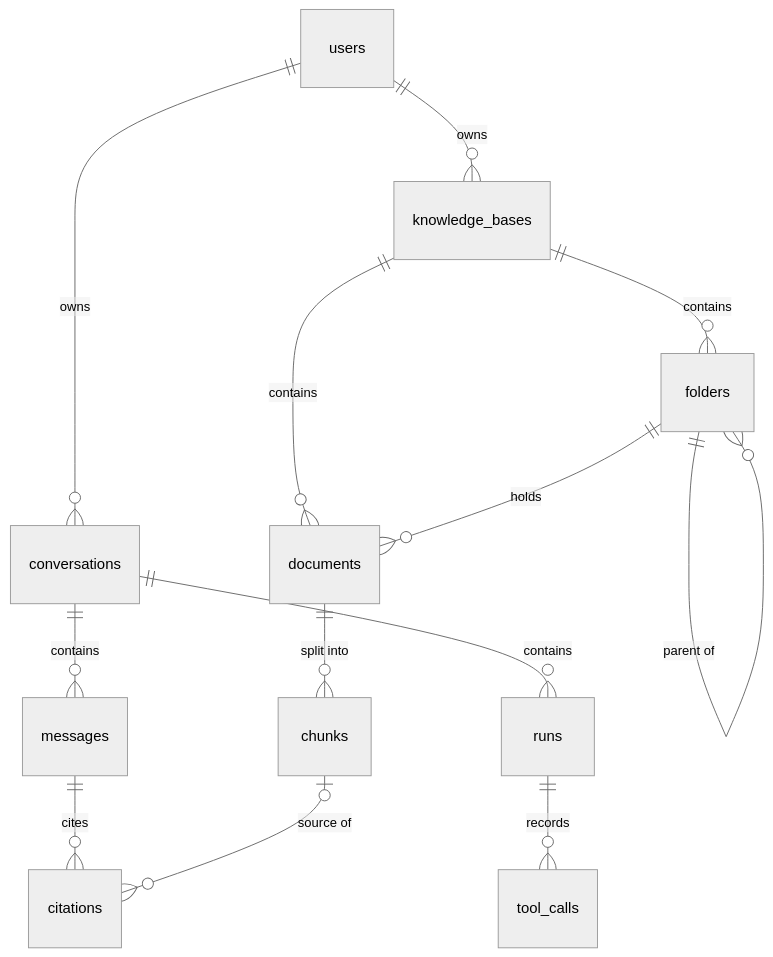
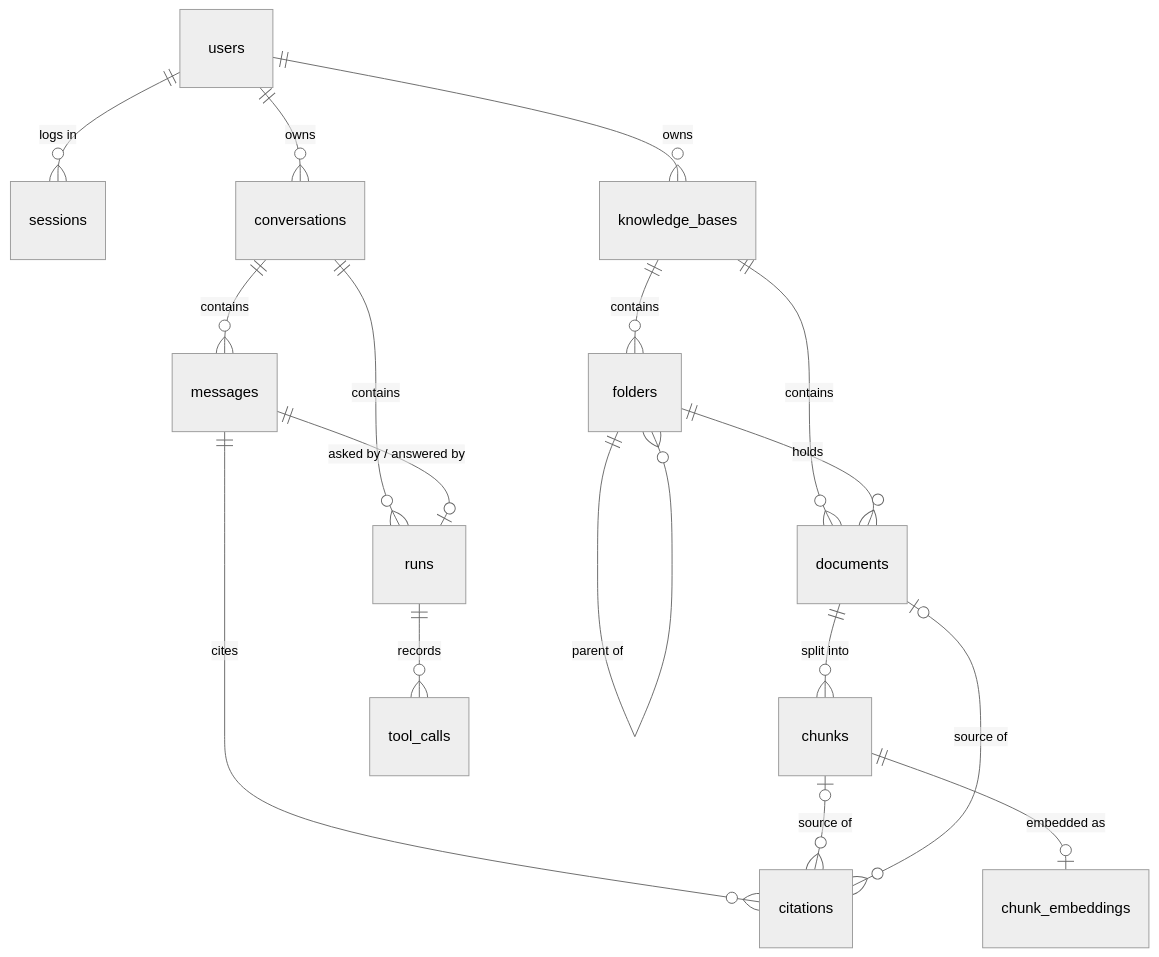
Before and after one commit to Surprise-Jing/KnowledgePilot: the diagram in docs/data-model.md, drawn with Mermaid (neutral theme). The commit also changed other lines of this file and 17 other files, not shown here.

````diff
--- a/docs/data-model.md
+++ b/docs/data-model.md
@@ -9,15 +17,19 @@
 ```mermaid
 erDiagram
+    users ||--o{ sessions : "logs in"
     users ||--o{ knowledge_bases : owns
     users ||--o{ conversations : owns
     knowledge_bases ||--o{ folders : contains
     knowledge_bases ||--o{ documents : contains
     folders ||--o{ folders : "parent of"
     folders ||--o{ documents : holds
     documents ||--o{ chunks : "split into"
+    chunks ||--o| chunk_embeddings : "embedded as"
     conversations ||--o{ messages : contains
     conversations ||--o{ runs : contains
+    messages ||--o| runs : "asked by / answered by"
     runs ||--o{ tool_calls : records
     messages ||--o{ citations : cites
     chunks |o--o{ citations : "source of"
+    documents |o--o{ citations : "source of"
 ```
````
